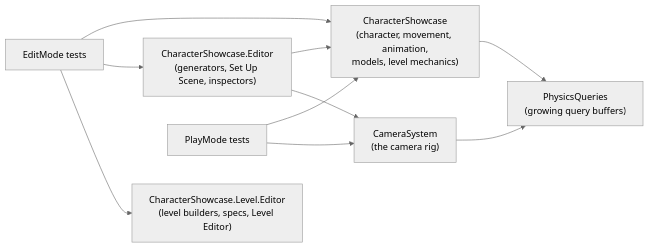
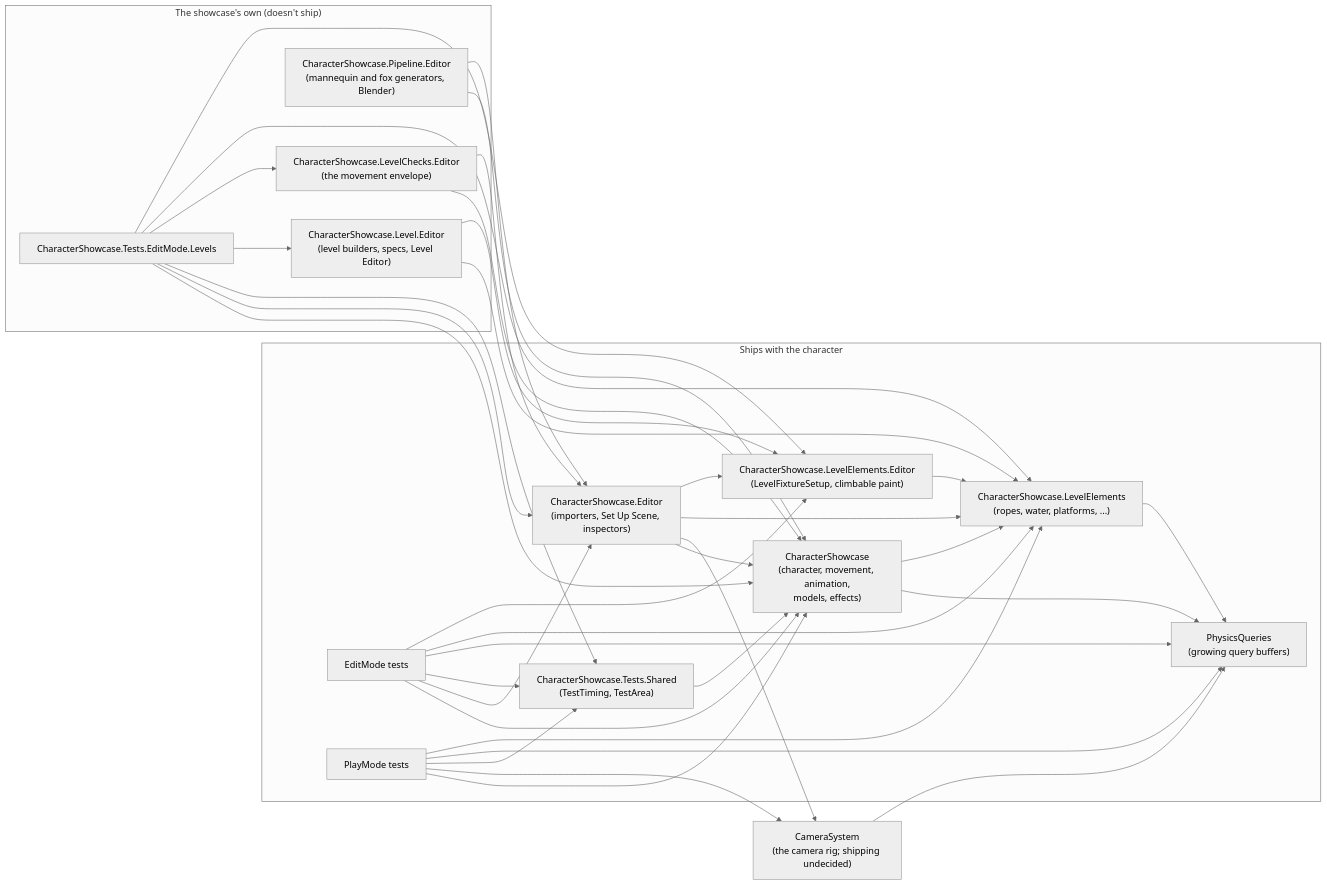
The second of 2 diagrams in docs/architecture.md (HOMMUSVAMPIRE/Character-Showcase), drawn with Mermaid (neutral theme) before and after one commit. The commit also changed other lines of this file and 101 other files, not shown here.

Commit message:
Docs pass and Level|Character split

````diff
--- a/docs/architecture.md
+++ b/docs/architecture.md
@@ -47,12 +56,54 @@
 ```mermaid
 flowchart LR
-    Editor["CharacterShowcase.Editor<br/>(generators, Set Up Scene, inspectors)"] --> Showcase["CharacterShowcase<br/>(character, movement, animation,<br/>models, level mechanics)"]
-    Editor --> Camera["CameraSystem<br/>(the camera rig)"]
-    EditTests["EditMode tests"] --> Showcase
+    subgraph Ships["Ships with the character"]
+        Showcase["CharacterShowcase<br/>(character, movement, animation,<br/>models, effects)"]
+        Elements["CharacterShowcase.LevelElements<br/>(ropes, water, platforms, ...)"]
+        ElementsEditor["CharacterShowcase.LevelElements.Editor<br/>(LevelFixtureSetup, climbable paint)"]
+        Editor["CharacterShowcase.Editor<br/>(importers, Set Up Scene, inspectors)"]
+        Queries["PhysicsQueries<br/>(growing query buffers)"]
+        Shared["CharacterShowcase.Tests.Shared<br/>(TestTiming, TestArea)"]
+        EditTests["EditMode tests"]
+        PlayTests["PlayMode tests"]
+    end
+    Camera["CameraSystem<br/>(the camera rig; shipping undecided)"]
+    subgraph Showcase_only["The showcase's own (doesn't ship)"]
+        LevelEditor["CharacterShowcase.Level.Editor<br/>(level builders, specs, Level Editor)"]
+        Pipeline["CharacterShowcase.Pipeline.Editor<br/>(mannequin and fox generators, Blender)"]
+        LevelChecks["CharacterShowcase.LevelChecks.Editor<br/>(the movement envelope)"]
+        LevelTests["CharacterShowcase.Tests.EditMode.Levels"]
+    end
+    Showcase --> Queries
+    Showcase --> Elements
+    Elements --> Queries
+    ElementsEditor --> Elements
+    Camera --> Queries
+    Editor --> Showcase
+    Editor --> Camera
+    Editor --> Elements
+    Editor --> ElementsEditor
+    Shared --> Showcase
+    EditTests --> Showcase
     EditTests --> Editor
-    EditTests --> LevelEditor["CharacterShowcase.Level.Editor<br/>(level builders, specs, Level Editor)"]
-    PlayTests["PlayMode tests"] --> Showcase
+    EditTests --> Shared
+    EditTests --> Queries
+    EditTests --> Elements
+    EditTests --> ElementsEditor
+    PlayTests --> Showcase
     PlayTests --> Camera
-    Showcase --> Queries["PhysicsQueries<br/>(growing query buffers)"]
-    Camera --> Queries
+    PlayTests --> Shared
+    PlayTests --> Queries
+    PlayTests --> Elements
+    LevelEditor --> Elements
+    LevelEditor --> ElementsEditor
+    Pipeline --> Showcase
+    Pipeline --> Editor
+    LevelChecks --> Showcase
+    LevelChecks --> Editor
+    LevelTests --> Showcase
+    LevelTests --> Editor
+    LevelTests --> Shared
+    LevelTests --> LevelEditor
+    LevelTests --> LevelChecks
+    LevelTests --> Elements
+    LevelTests --> ElementsEditor
 ```
````
